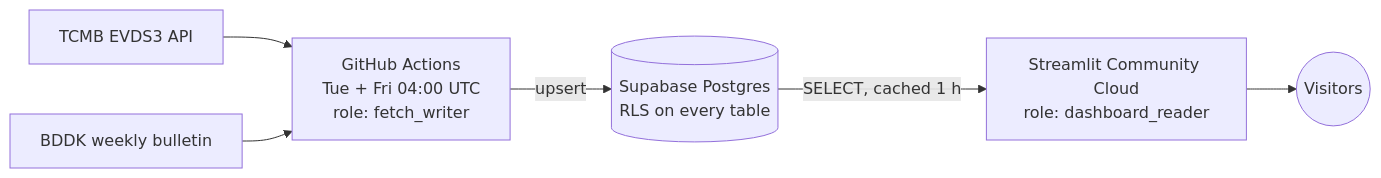
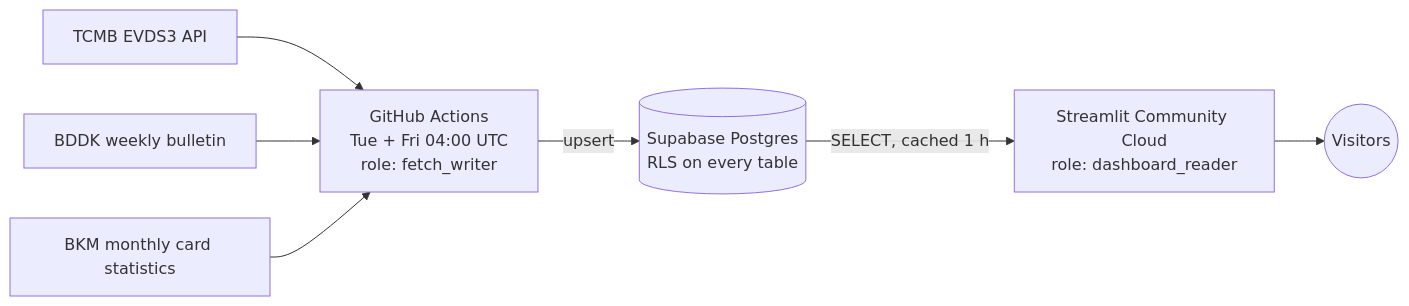
Before and after one commit to EnesAltuNN/tr-banking-dashboard: the diagram in README.md, drawn with Mermaid. The commit also changed other lines of this file and 27 other files, not shown here.

````diff
--- a/README.md
+++ b/README.md
@@ -41,8 +56,9 @@
 ```mermaid
 flowchart LR
     EVDS["TCMB EVDS3 API"] --> GHA
     BDDK["BDDK weekly bulletin"] --> GHA
+    BKM["BKM monthly card statistics"] --> GHA
     GHA["GitHub Actions<br/>Tue + Fri 04:00 UTC<br/>role: fetch_writer"] -->|"upsert"| DB[("Supabase Postgres<br/>RLS on every table")]
     DB -->|"SELECT, cached 1 h"| APP["Streamlit Community Cloud<br/>role: dashboard_reader"]
     APP --> USERS(("Visitors"))
 ```
````
